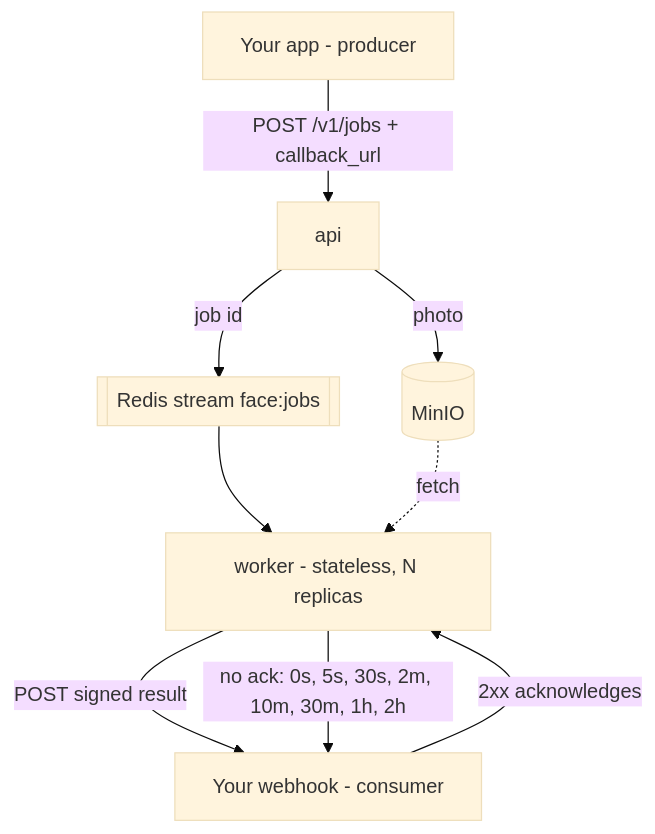
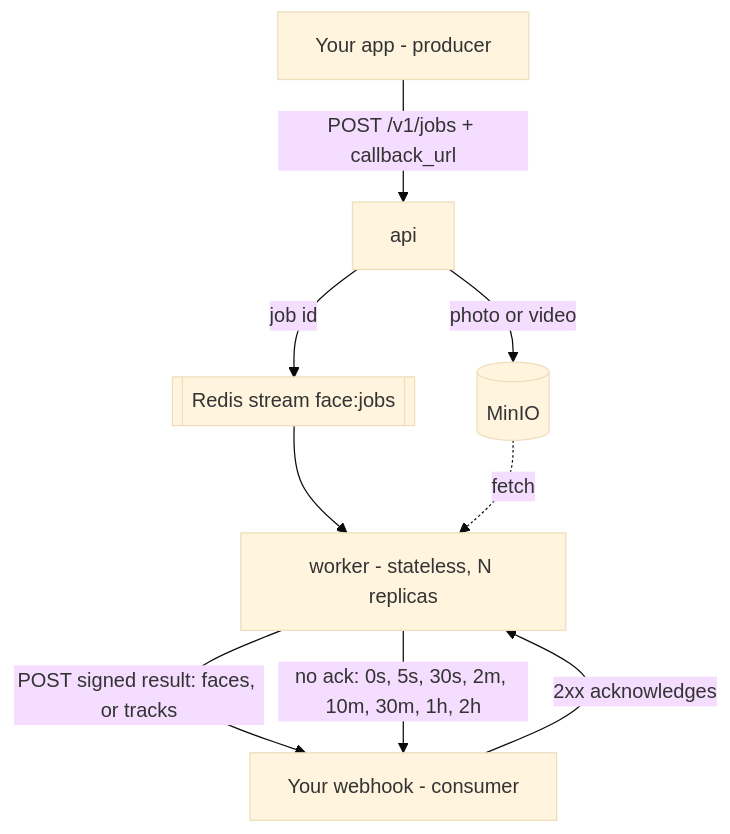
The diagram in README.md (TrendySloth1001/image-processing-pipeline), drawn with Mermaid (base theme) before and after one commit. The commit also changed other lines of this file and 28 other files, not shown here.

````diff
--- a/README.md
+++ b/README.md
@@ -34,11 +35,11 @@
 ```mermaid
 flowchart TD
     A[Your app - producer] -->|POST /v1/jobs + callback_url| B[api]
-    B -->|photo| C[(MinIO)]
+    B -->|photo or video| C[(MinIO)]
     B -->|job id| D[[Redis stream face:jobs]]
     D --> W[worker - stateless, N replicas]
     C -.fetch.-> W
-    W -->|POST signed result| E[Your webhook - consumer]
+    W -->|POST signed result: faces, or tracks| E[Your webhook - consumer]
     E -->|2xx acknowledges| W
     W -->|no ack: 0s, 5s, 30s, 2m, 10m, 30m, 1h, 2h| E
 ```
````
